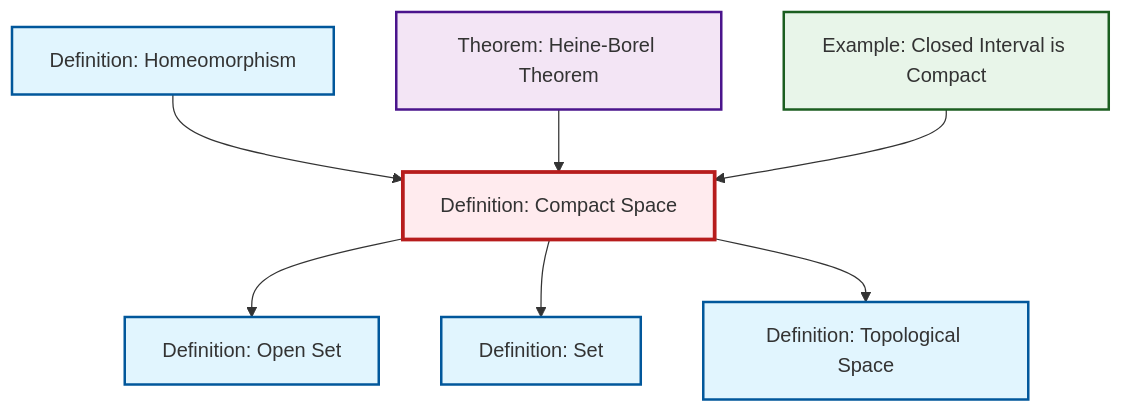
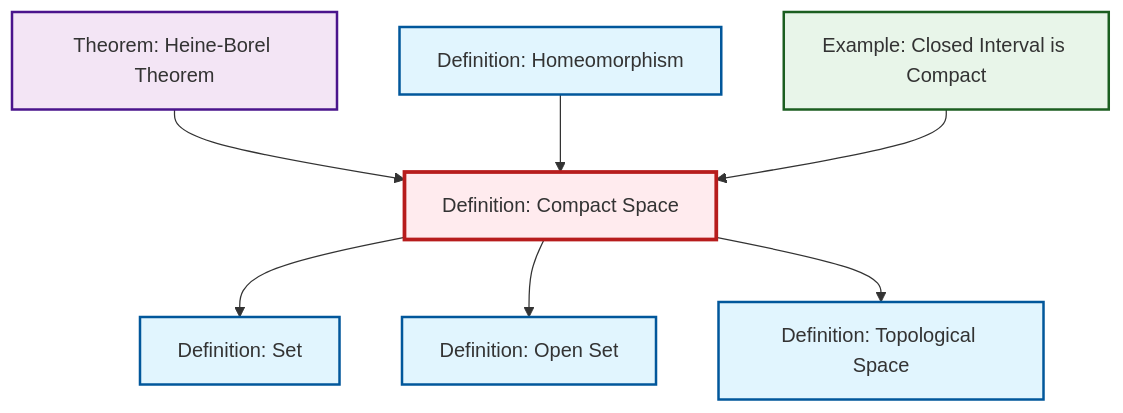
Before and after one commit to RK0429/ModernMath: the diagram in content/en/topology/def-compact.qmd, drawn with Mermaid. The commit also changed other lines of this file and 554 other files, not shown here.

````diff
--- a/content/en/topology/def-compact.qmd
+++ b/content/en/topology/def-compact.qmd
@@ -48,29 +48,29 @@
 ```{mermaid}
 %%| fig-cap: "Local dependency graph"
 graph TD
     classDef definition fill:#e1f5fe,stroke:#01579b,stroke-width:2px
     classDef theorem fill:#f3e5f5,stroke:#4a148c,stroke-width:2px
     classDef axiom fill:#fff3e0,stroke:#e65100,stroke-width:2px
     classDef example fill:#e8f5e9,stroke:#1b5e20,stroke-width:2px
     classDef current fill:#ffebee,stroke:#b71c1c,stroke-width:3px
+    thm-heine-borel["Theorem: Heine-Borel Theorem"]:::theorem
+    def-compact["Definition: Compact Space"]:::definition
+    def-open-set["Definition: Open Set"]:::definition
+    def-topological-space["Definition: Topological Space"]:::definition
     def-set["Definition: Set"]:::definition
     def-homeomorphism["Definition: Homeomorphism"]:::definition
-    def-compact["Definition: Compact Space"]:::definition
-    def-topological-space["Definition: Topological Space"]:::definition
     ex-closed-interval-compact["Example: Closed Interval is Compact"]:::example
-    def-open-set["Definition: Open Set"]:::definition
-    thm-heine-borel["Theorem: Heine-Borel Theorem"]:::theorem
+    def-compact --> def-set
     def-compact --> def-open-set
+    thm-heine-borel --> def-compact
     def-homeomorphism --> def-compact
-    thm-heine-borel --> def-compact
-    def-compact --> def-set
+    def-compact --> def-topological-space
     ex-closed-interval-compact --> def-compact
-    def-compact --> def-topological-space
     class def-compact current
+    click thm-heine-borel "thm-heine-borel.html" "Go to Heine-Borel Theorem theorem"
+    click def-open-set "def-open-set.html" "Go to Open Set definition"
+    click def-topological-space "def-topological-space.html" "Go to Topological Space definition"
     click def-set "def-set.html" "Go to Set definition"
     click def-homeomorphism "def-homeomorphism.html" "Go to Homeomorphism definition"
-    click def-topological-space "def-topological-space.html" "Go to Topological Space definition"
     click ex-closed-interval-compact "ex-closed-interval-compact.html" "Go to Closed Interval is Compact example"
-    click def-open-set "def-open-set.html" "Go to Open Set definition"
-    click thm-heine-borel "thm-heine-borel.html" "Go to Heine-Borel Theorem theorem"
 ```
````
